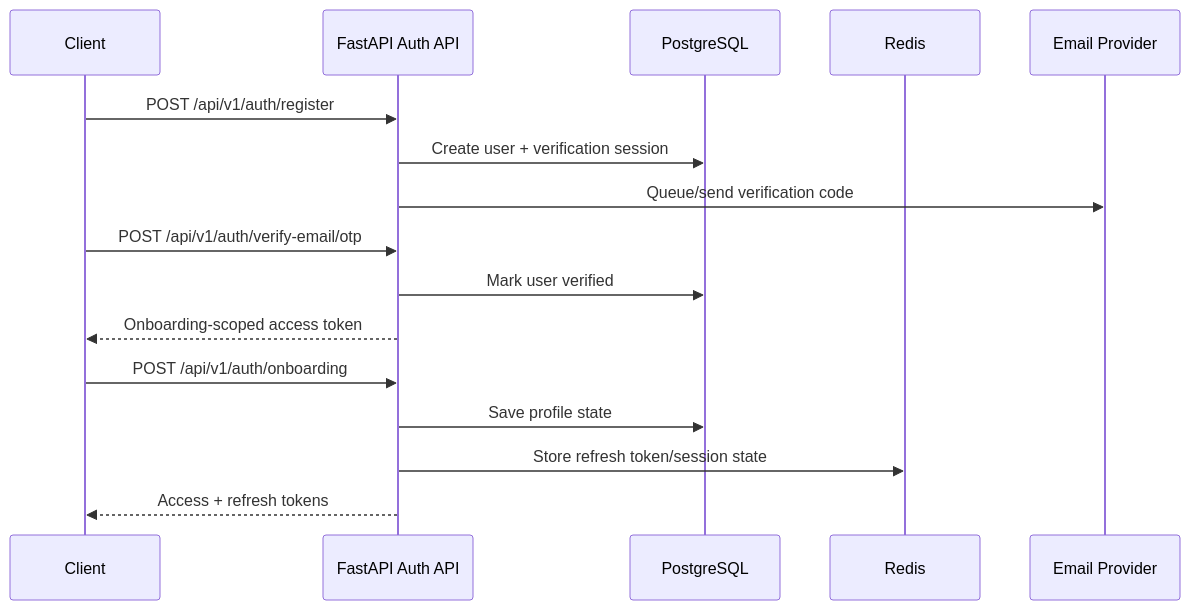
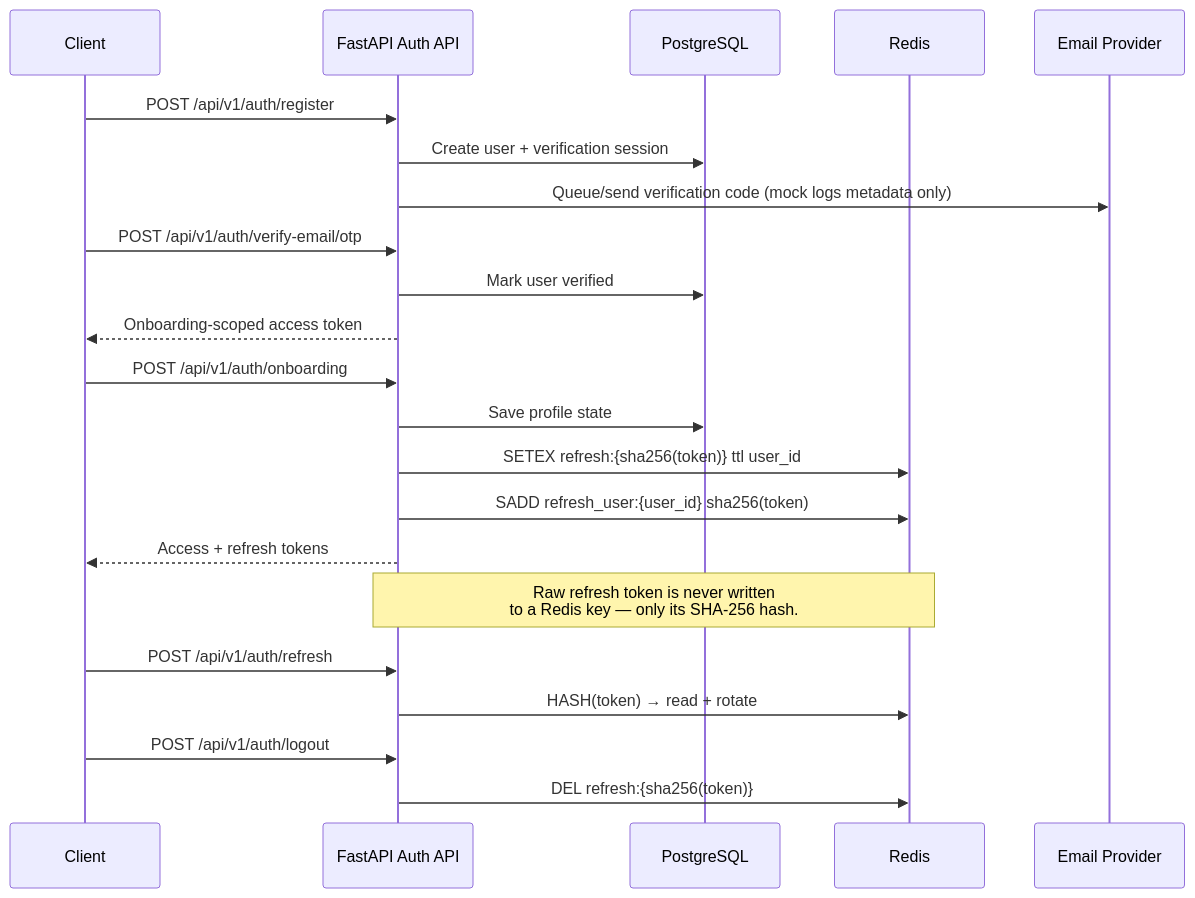
The second of 5 diagrams in docs/ARCHITECTURE_OVERVIEW.md (twilightt1/mindlayer), drawn with Mermaid before and after one commit. The commit also changed other lines of this file and 10 other files, not shown here.

````diff
--- a/docs/ARCHITECTURE_OVERVIEW.md
+++ b/docs/ARCHITECTURE_OVERVIEW.md
@@ -58,19 +58,25 @@
 ```mermaid
 sequenceDiagram
     participant Client
     participant API as FastAPI Auth API
     participant DB as PostgreSQL
     participant Redis
     participant Email as Email Provider
 
     Client->>API: POST /api/v1/auth/register
     API->>DB: Create user + verification session
-    API->>Email: Queue/send verification code
+    API->>Email: Queue/send verification code (mock logs metadata only)
     Client->>API: POST /api/v1/auth/verify-email/otp
     API->>DB: Mark user verified
     API-->>Client: Onboarding-scoped access token
     Client->>API: POST /api/v1/auth/onboarding
     API->>DB: Save profile state
-    API->>Redis: Store refresh token/session state
+    API->>Redis: SETEX refresh:{sha256(token)} ttl user_id
+    API->>Redis: SADD refresh_user:{user_id} sha256(token)
     API-->>Client: Access + refresh tokens
+    Note over API,Redis: Raw refresh token is never written<br/>to a Redis key — only its SHA-256 hash.
+    Client->>API: POST /api/v1/auth/refresh
+    API->>Redis: HASH(token) → read + rotate
+    Client->>API: POST /api/v1/auth/logout
+    API->>Redis: DEL refresh:{sha256(token)}
 ```
````
